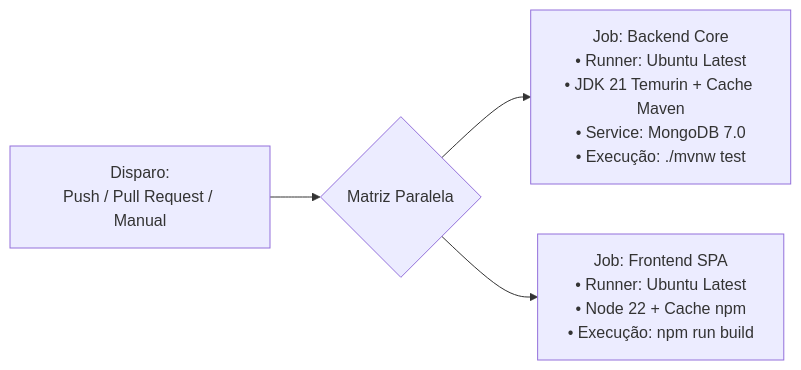
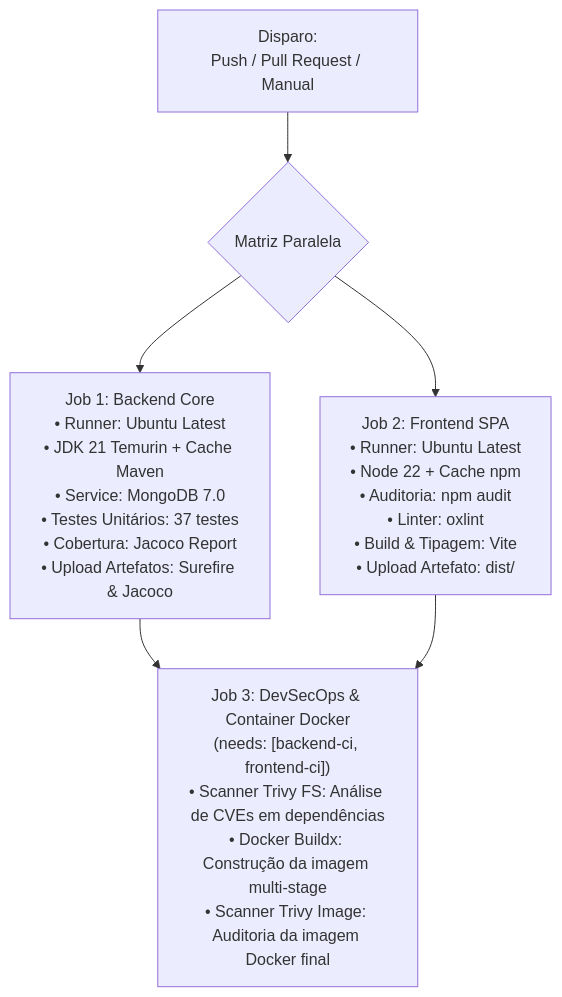
One commit to GuilhermeSilva-25/active-age changed the diagram in 4-Semestre/devops/README.md. Above: the diagram before and after it, drawn with Mermaid. The commit also changed other lines of this file and 3 other files, not shown here.

Commit message:
ci(security): adiciona scanner devsecops trivy e validacao docker multi-stage (spec-15)

````diff
--- a/4-Semestre/devops/README.md
+++ b/4-Semestre/devops/README.md
@@ -27,6 +27,8 @@
 ```mermaid
-flowchart LR
+flowchart TD
     TRIG["Disparo:<br>Push / Pull Request / Manual"] --> FORK{"Matriz Paralela"}
-    FORK --> BACK["Job: Backend Core<br>• Runner: Ubuntu Latest<br>• JDK 21 Temurin + Cache Maven<br>• Service: MongoDB 7.0<br>• Execução: ./mvnw test"]
-    FORK --> FRONT["Job: Frontend SPA<br>• Runner: Ubuntu Latest<br>• Node 22 + Cache npm<br>• Execução: npm run build"]
+    FORK --> BACK["Job 1: Backend Core<br>• Runner: Ubuntu Latest<br>• JDK 21 Temurin + Cache Maven<br>• Service: MongoDB 7.0<br>• Testes Unitários: 37 testes<br>• Cobertura: Jacoco Report<br>• Upload Artefatos: Surefire & Jacoco"]
+    FORK --> FRONT["Job 2: Frontend SPA<br>• Runner: Ubuntu Latest<br>• Node 22 + Cache npm<br>• Auditoria: npm audit<br>• Linter: oxlint<br>• Build & Tipagem: Vite<br>• Upload Artefato: dist/"]
+    BACK --> SEC["Job 3: DevSecOps & Container Docker<br>(needs: [backend-ci, frontend-ci])<br>• Scanner Trivy FS: Análise de CVEs em dependências<br>• Docker Buildx: Construção da imagem multi-stage<br>• Scanner Trivy Image: Auditoria da imagem Docker final"]
+    FRONT --> SEC
 ```
````
